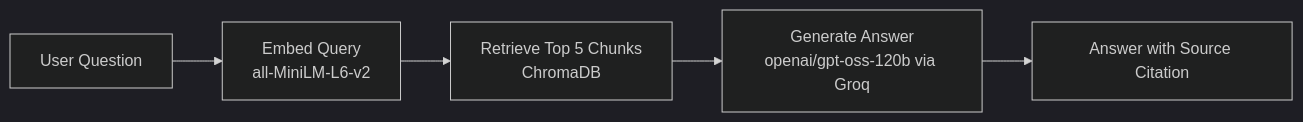
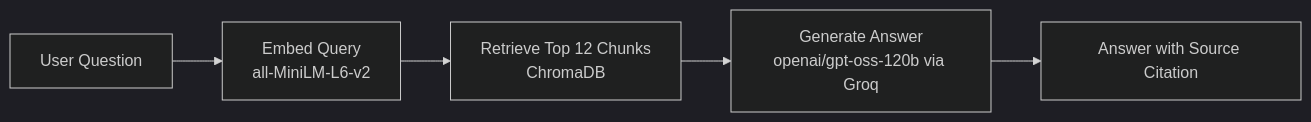
The second of 2 diagrams in planning.md (hephz-pekun/ai201-project1-unofficial-guide-starter), drawn with Mermaid (dark theme) before and after one commit. The commit also changed other lines of this file and 1 other file, not shown here.

````diff
--- a/planning.md
+++ b/planning.md
@@ -261,7 +261,7 @@
 ```mermaid
 flowchart LR
     A[User Question] --> B[Embed Query<br/>all-MiniLM-L6-v2]
-    B --> C[Retrieve Top 5 Chunks<br/>ChromaDB]
+    B --> C[Retrieve Top 12 Chunks<br/>ChromaDB]
     C --> D[Generate Answer<br/>openai/gpt-oss-120b via Groq]
     D --> E[Answer with Source Citation]
 ```
````
